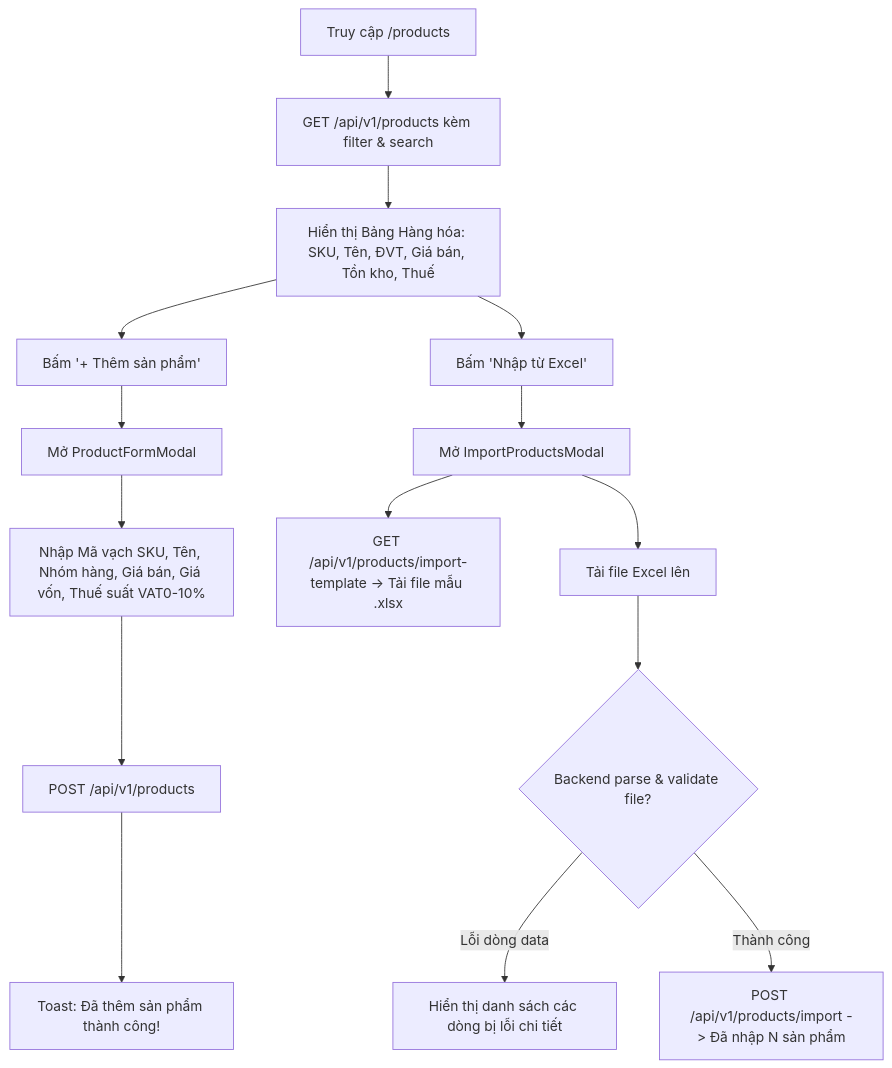
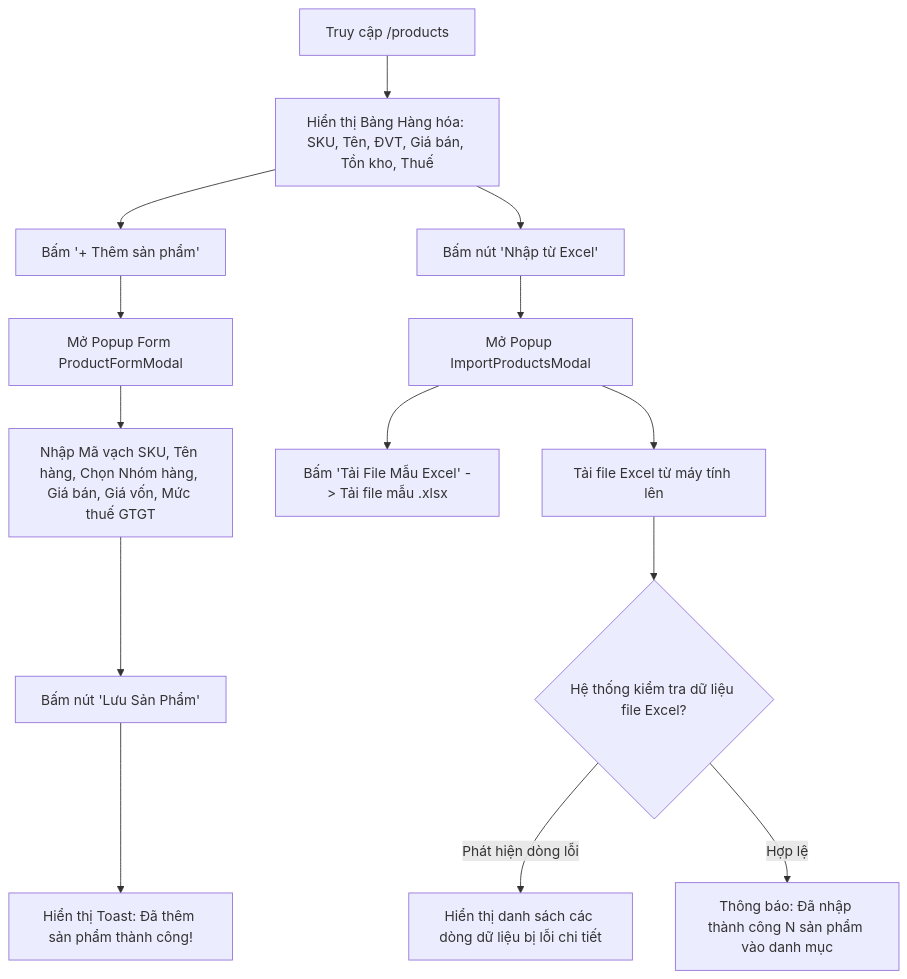
The fifth of 34 diagrams in architecture/full_screen_activity_flows.md (lean1835/BanHangViet), drawn with Mermaid before and after one commit. The commit also changed other lines of this file, not shown here.

Commit message:
refactor(docs): update full_screen_activity_flows to pure UI/UX screen activity flows

````diff
--- a/architecture/full_screen_activity_flows.md
+++ b/architecture/full_screen_activity_flows.md
@@ -179,19 +169,18 @@
 ```mermaid
 flowchart TD
-    Start[Truy cập /products] --> FetchProducts[GET /api/v1/products kèm filter & search]
-    FetchProducts --> ShowGrid[Hiển thị Bảng Hàng hóa: SKU, Tên, ĐVT, Giá bán, Tồn kho, Thuế]
+    Start[Truy cập /products] --> ShowGrid[Hiển thị Bảng Hàng hóa: SKU, Tên, ĐVT, Giá bán, Tồn kho, Thuế]
     
     ShowGrid --> ActionAdd[Bấm '+ Thêm sản phẩm']
-    ActionAdd --> OpenModal[Mở ProductFormModal]
-    OpenModal --> FillData[Nhập Mã vạch SKU, Tên, Nhóm hàng, Giá bán, Giá vốn, Thuế suất VAT0-10%]
-    FillData --> SaveProd[POST /api/v1/products]
-    SaveProd --> ToastSuccess[Toast: Đã thêm sản phẩm thành công!]
+    ActionAdd --> OpenModal[Mở Popup Form ProductFormModal]
+    OpenModal --> FillData[Nhập Mã vạch SKU, Tên hàng, Chọn Nhóm hàng, Giá bán, Giá vốn, Mức thuế GTGT]
+    FillData --> SaveProd[Bấm nút 'Lưu Sản Phẩm']
+    SaveProd --> ToastSuccess[Hiển thị Toast: Đã thêm sản phẩm thành công!]
 
-    ShowGrid --> ActionImport[Bấm 'Nhập từ Excel']
-    ActionImport --> OpenImportModal[Mở ImportProductsModal]
-    OpenImportModal --> DownloadTemplate[GET /api/v1/products/import-template -> Tải file mẫu .xlsx]
-    OpenImportModal --> UploadFile[Tải file Excel lên]
-    UploadFile --> ValidateExcel{Backend parse & validate file?}
-    ValidateExcel -- Lỗi dòng data --> ShowErrorList[Hiển thị danh sách các dòng bị lỗi chi tiết]
-    ValidateExcel -- Thành công --> ImportSuccess[POST /api/v1/products/import -> Đã nhập N sản phẩm]
+    ShowGrid --> ActionImport[Bấm nút 'Nhập từ Excel']
+    ActionImport --> OpenImportModal[Mở Popup ImportProductsModal]
+    OpenImportModal --> DownloadTemplate[Bấm 'Tải File Mẫu Excel' -> Tải file mẫu .xlsx]
+    OpenImportModal --> UploadFile[Tải file Excel từ máy tính lên]
+    UploadFile --> ValidateExcel{Hệ thống kiểm tra dữ liệu file Excel?}
+    ValidateExcel -- Phát hiện dòng lỗi --> ShowErrorList[Hiển thị danh sách các dòng dữ liệu bị lỗi chi tiết]
+    ValidateExcel -- Hợp lệ --> ImportSuccess[Thông báo: Đã nhập thành công N sản phẩm vào danh mục]
 ```
````
